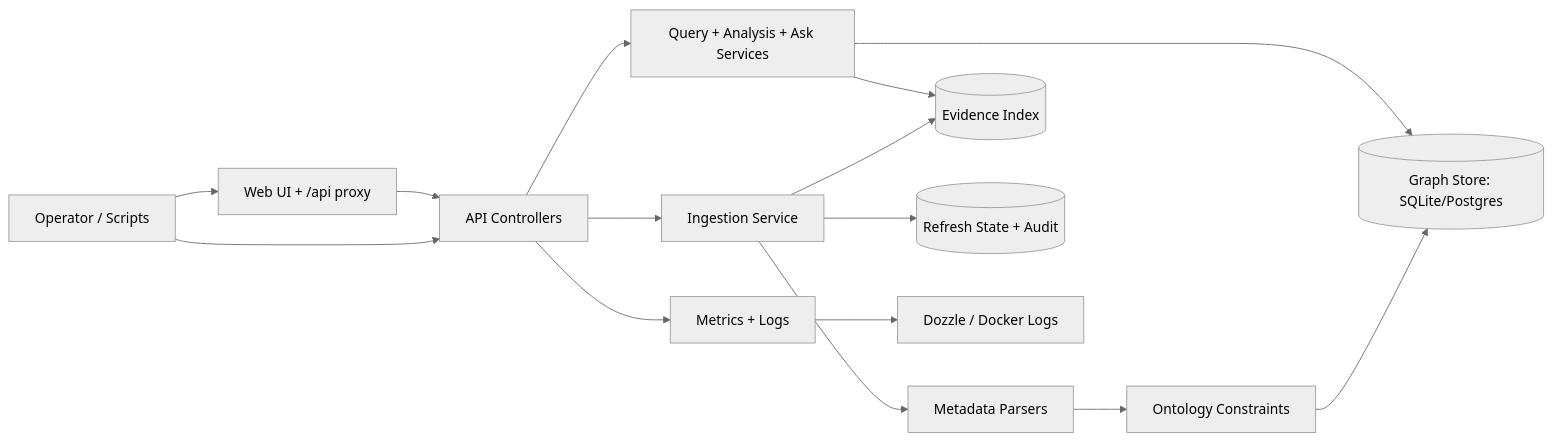
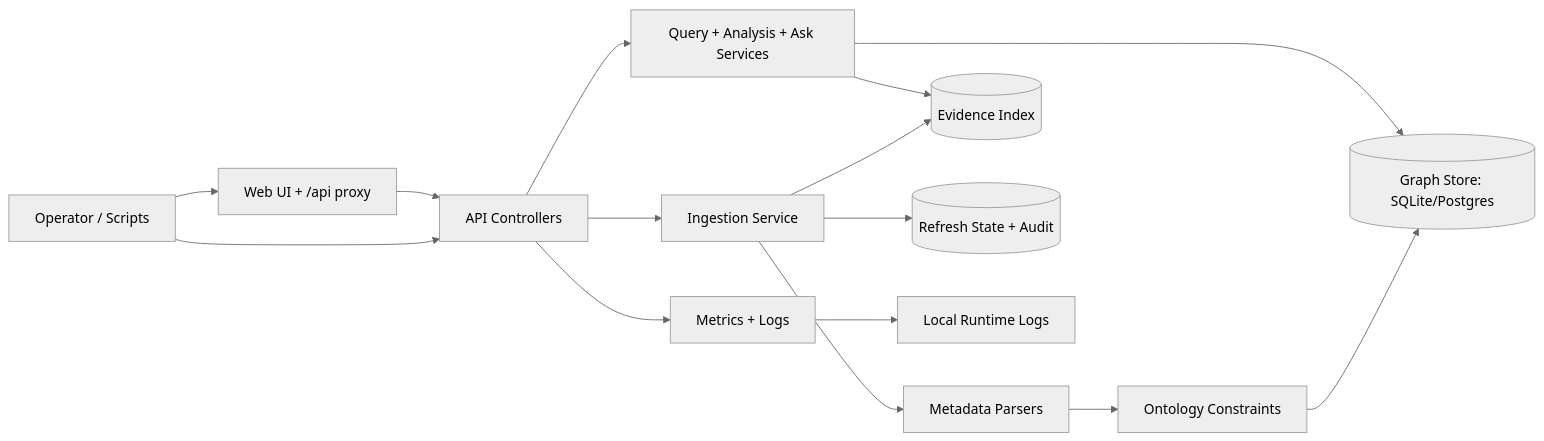
The second of 2 diagrams in docs/ORGUMENTED_LIFECYCLE.md (DigitalDreams-ai/OrgGraph), drawn with Mermaid (neutral theme) before and after one commit. The commit also changed other lines of this file and 203 other files, not shown here.

````diff
--- a/docs/ORGUMENTED_LIFECYCLE.md
+++ b/docs/ORGUMENTED_LIFECYCLE.md
@@ -178,21 +178,21 @@
 ```mermaid
 graph LR
     User[Operator / Scripts] --> Web[Web UI + /api proxy]
     User --> API[API Controllers]
     Web --> API
 
     API --> Ingestion[Ingestion Service]
     API --> Query[Query + Analysis + Ask Services]
 
     Ingestion --> Parsers[Metadata Parsers]
     Parsers --> Ontology[Ontology Constraints]
     Ontology --> Graph[(Graph Store: SQLite/Postgres)]
     Ingestion --> Evidence[(Evidence Index)]
     Ingestion --> State[(Refresh State + Audit)]
 
     Query --> Graph
     Query --> Evidence
 
     API --> Metrics[Metrics + Logs]
-    Metrics --> Dozzle[Dozzle / Docker Logs]
+    Metrics --> Logs[Local Runtime Logs]
 ```
````
